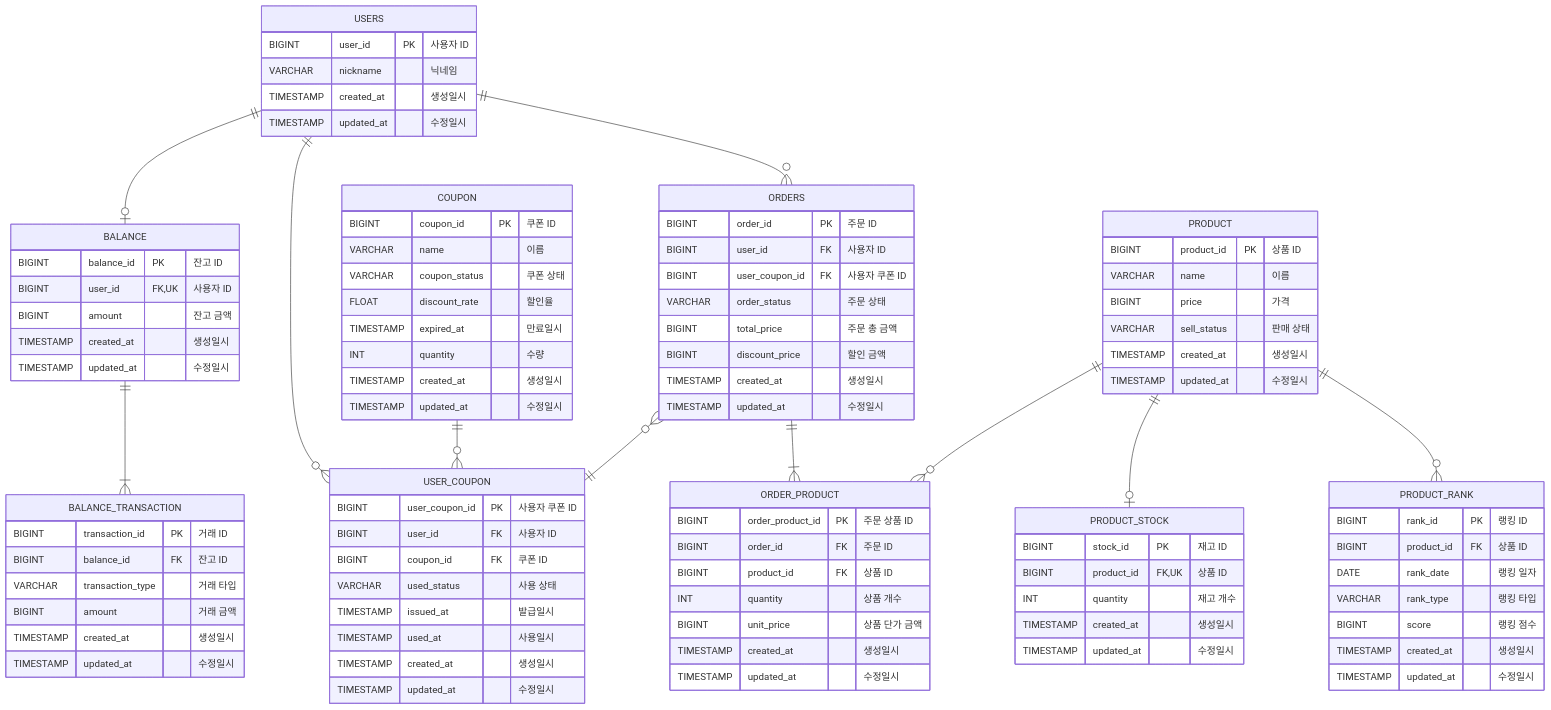
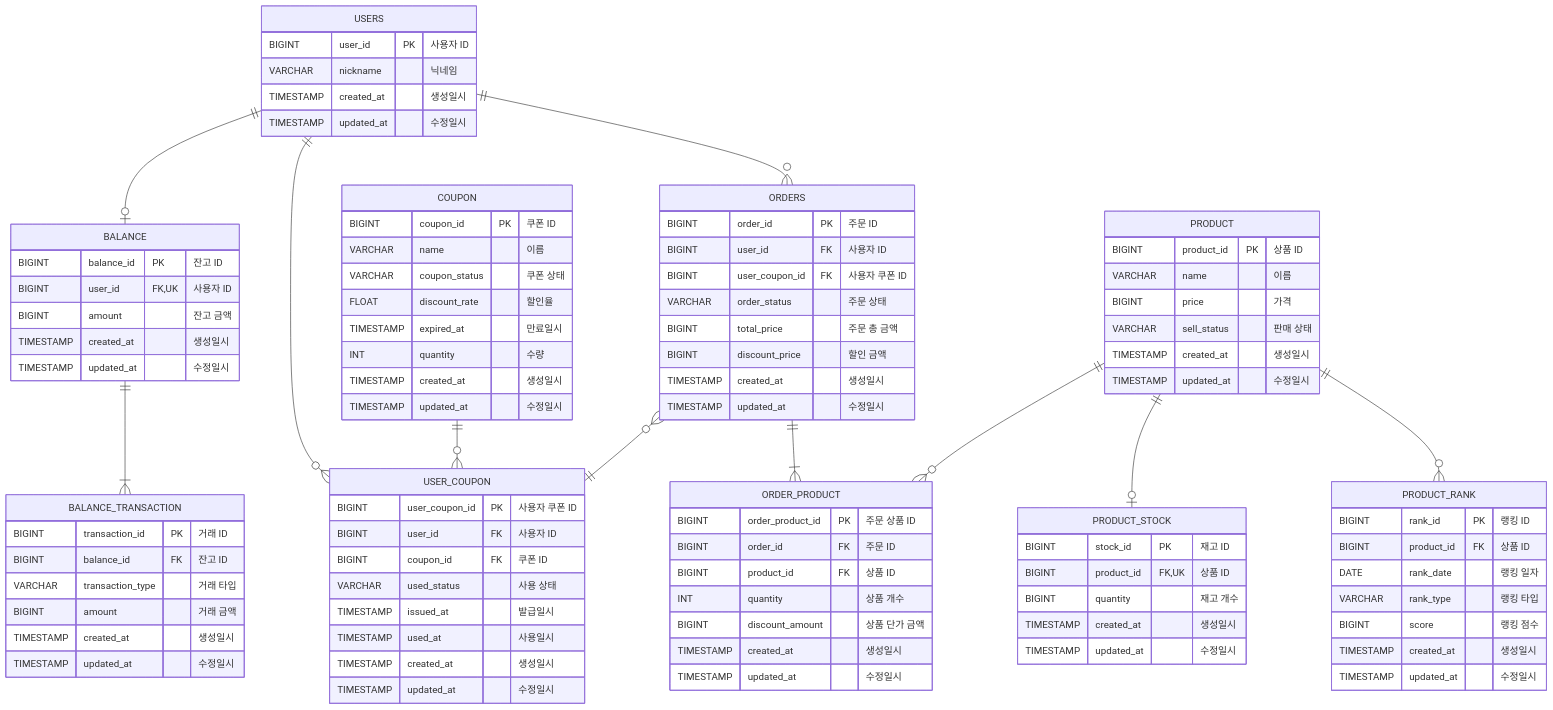
The diagram in docs/architecture/04.ERD.md (discphy/hhplus-e-commerce), drawn with Mermaid before and after one commit. The commit also changed other lines of this file, not shown here.

Commit message:
[DOCS] ERD 설계 의도 작성

```diff
--- a/docs/architecture/04.ERD.md
+++ b/docs/architecture/04.ERD.md
@@ -97,7 +120,7 @@
     PRODUCT_STOCK {
         BIGINT stock_id PK "재고 ID"
         BIGINT product_id FK, UK "상품 ID"
-        INT quantity "재고 개수"
+        BIGINT quantity "재고 개수"
         TIMESTAMP created_at "생성일시"
         TIMESTAMP updated_at "수정일시"
     }
@@ -128,7 +151,7 @@
         BIGINT order_id FK "주문 ID"
         BIGINT product_id FK "상품 ID"
         INT quantity "상품 개수"
-        BIGINT unit_price "상품 단가 금액"
+        BIGINT discount_amount "상품 단가 금액"
         TIMESTAMP created_at "생성일시"
         TIMESTAMP updated_at "수정일시"
     }
```
